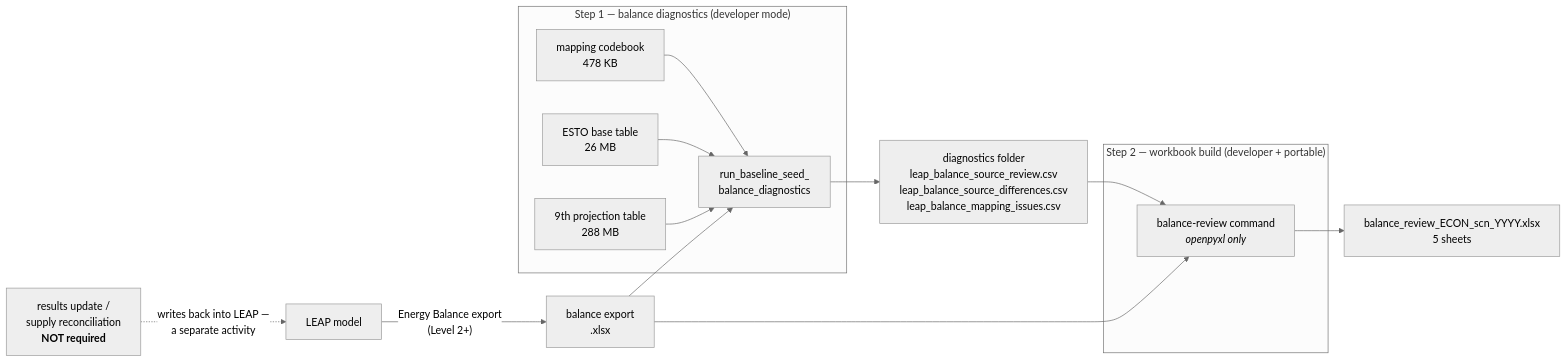
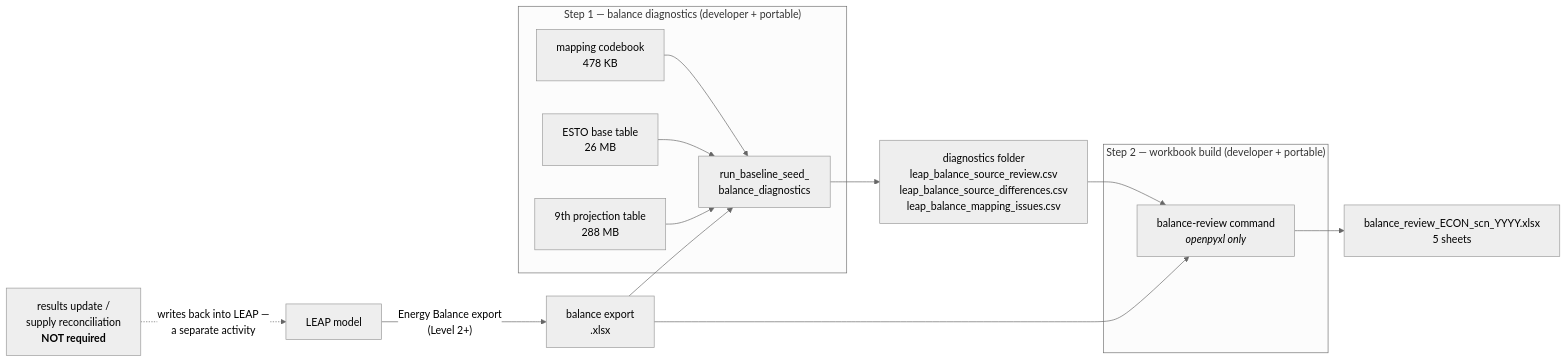
One commit to asia-pacific-energy-research-centre/leap_initialisation changed the second of 7 diagrams in docs/leap_review_tools_walkthrough.md. Above: the diagram before and after it, drawn with Mermaid (neutral theme). The commit also changed other lines of this file and 3 other files, not shown here.

````diff
--- a/docs/leap_review_tools_walkthrough.md
+++ b/docs/leap_review_tools_walkthrough.md
@@ -71,27 +71,27 @@
 ```mermaid
 flowchart LR
     LEAP["LEAP model"] -->|"Energy Balance export<br/>(Level 2+)"| XLSX["balance export<br/>.xlsx"]
 
-    subgraph step1["Step 1 — balance diagnostics (developer mode)"]
+    subgraph step1["Step 1 — balance diagnostics (developer + portable)"]
         MAP["mapping codebook<br/>478 KB"]
         ESTO["ESTO base table<br/>26 MB"]
         NINTH["9th projection table<br/>288 MB"]
         DIAGRUN["run_baseline_seed_<br/>balance_diagnostics"]
         MAP --> DIAGRUN
         ESTO --> DIAGRUN
         NINTH --> DIAGRUN
     end
 
     XLSX --> DIAGRUN
     DIAGRUN --> DIAG["diagnostics folder<br/>leap_balance_source_review.csv<br/>leap_balance_source_differences.csv<br/>leap_balance_mapping_issues.csv"]
 
     subgraph step2["Step 2 — workbook build (developer + portable)"]
         BUILD["balance-review command<br/><i>openpyxl only</i>"]
     end
 
     XLSX --> BUILD
     DIAG --> BUILD
     BUILD --> OUT["balance_review_ECON_scn_YYYY.xlsx<br/>5 sheets"]
 
     RECON["results update /<br/>supply reconciliation<br/><b>NOT required</b>"] -.->|"writes back into LEAP —<br/>a separate activity"| LEAP
 ```
````
